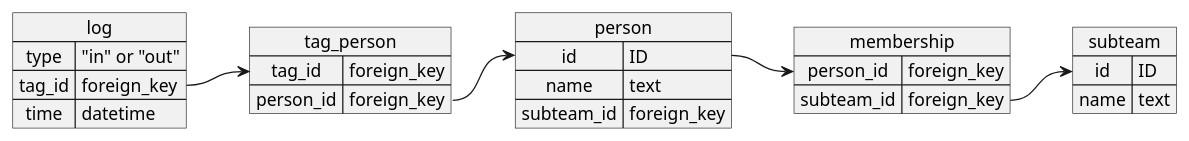
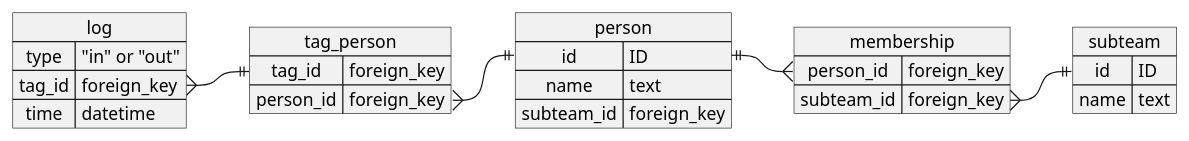
The diagram in schema.puml (jarkad/roboteam-door-tracker), drawn with PlantUML before and after one commit.

Commit message:
schema: add crow feet

```diff
--- a/schema.puml
+++ b/schema.puml
@@ -1,37 +1,37 @@
 @startuml
 
 map log {
 	type => "in" or "out"
 	tag_id => foreign_key
 	time => datetime
 }
 
 map tag_person {
 	tag_id => foreign_key
 	person_id => foreign_key
 }
 
 map person {
 	id => ID
 	name => text
 	subteam_id => foreign_key
 }
 
 map membership {
 	person_id => foreign_key
 	subteam_id => foreign_key
 }
 
 map subteam {
 	id => ID
 	name => text
 }
 
-log::tag_id           -> tag_person::tag_id
-tag_person::person_id -> person::id
+log::tag_id           }-|| tag_person::tag_id
+tag_person::person_id }-|| person::id
 
-person::id -> membership::person_id
+person::id ||-{ membership::person_id
 
-membership::subteam_id -> subteam::id
+membership::subteam_id }-|| subteam::id
 
 @enduml
```
